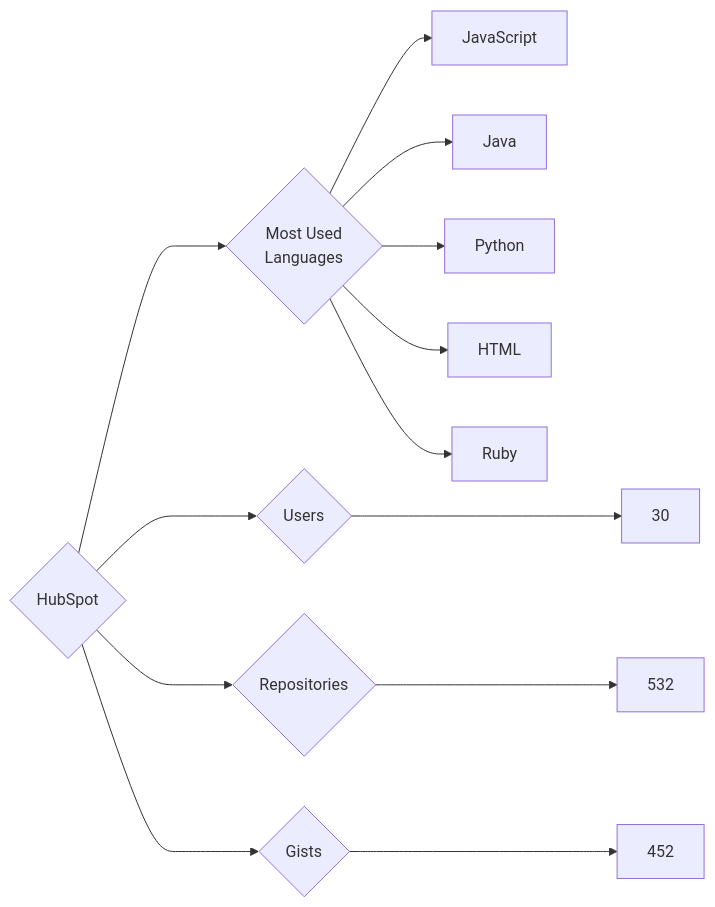
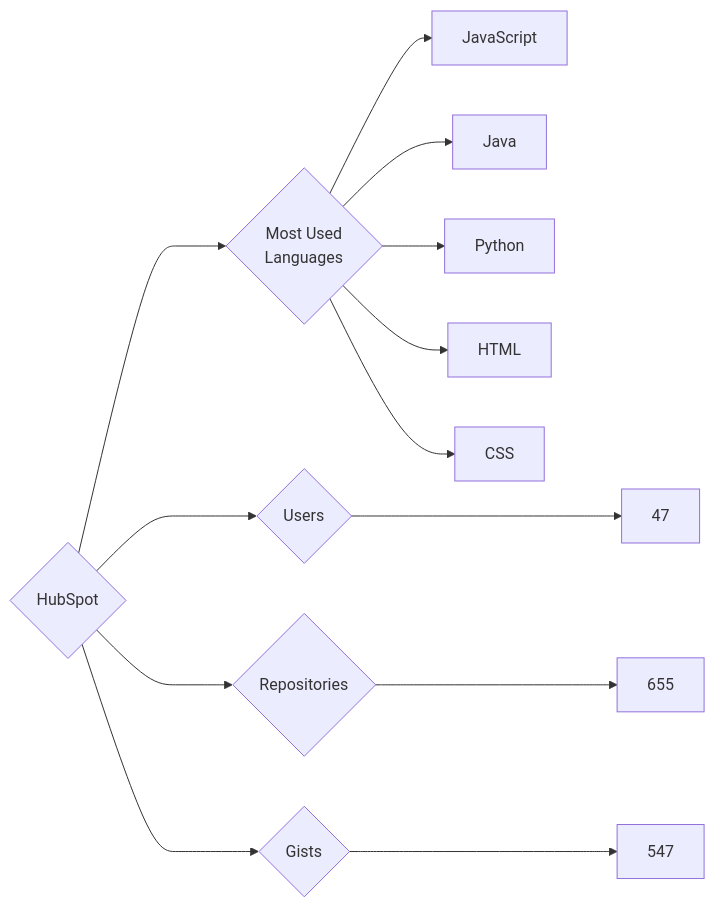
The diagram in targets/HubSpot/README.md (trickest/insiders), drawn with Mermaid before and after one commit. The commit also changed 861 other files, not shown here.

````diff
--- a/targets/HubSpot/README.md
+++ b/targets/HubSpot/README.md
@@ -3,13 +3,13 @@
 ```mermaid
 graph LR
 COMPANY_NAME{HubSpot}
-COMPANY_NAME ---> U{Users} ---> UN[30]
-COMPANY_NAME ---> R{Repositories} ---> RN[532]
-COMPANY_NAME ---> G{Gists} ---> GN[452]
+COMPANY_NAME ---> U{Users} ---> UN[47]
+COMPANY_NAME ---> R{Repositories} ---> RN[655]
+COMPANY_NAME ---> G{Gists} ---> GN[547]
 COMPANY_NAME ---> ML{Most Used<br>Languages}
 ML --> JavaScript[JavaScript]
 ML --> Java[Java]
 ML --> Python[Python]
 ML --> HTML[HTML]
-ML --> Ruby[Ruby]
+ML --> CSS[CSS]
 ```
````
